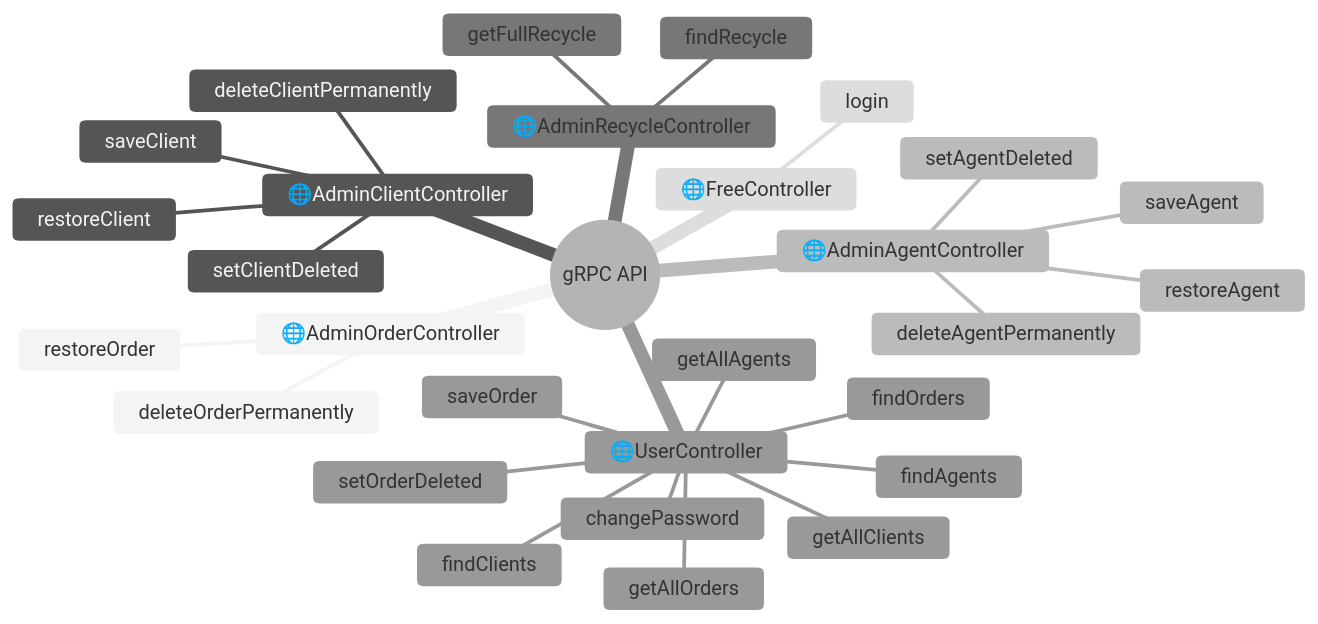
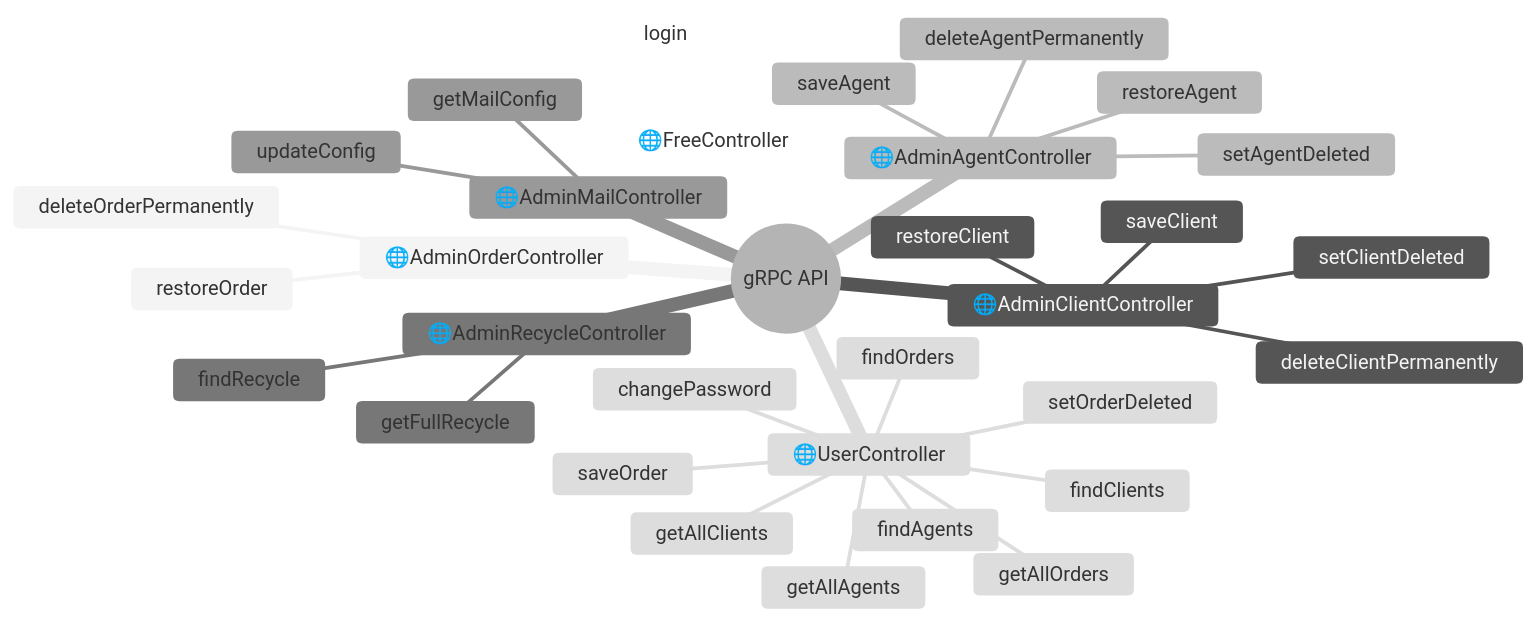
The second of 2 diagrams in README.en.md (AleksOBM/vaadin-service-desk), drawn with Mermaid (neutral theme) before and after one commit. The commit also changed other lines of this file and 2 other files, not shown here.

````diff
--- a/README.en.md
+++ b/README.en.md
@@ -295,33 +295,36 @@
 ```mermaid
 %%{init: { 'mindmap': { 'maxNodeWidth': 500 } }}%%
 mindmap
   root((gRPC API))
       🌐AdminOrderController
         deleteOrderPermanently
         restoreOrder
       🌐AdminClientController
         deleteClientPermanently
         restoreClient
         saveClient
         setClientDeleted
       🌐AdminAgentController
         deleteAgentPermanently
         restoreAgent
         saveAgent
         setAgentDeleted
       🌐AdminRecycleController
         findRecycle
         getFullRecycle
+      🌐AdminMailController
+        getMailConfig
+        updateConfig
       🌐UserController
         changePassword
         saveOrder
         setOrderDeleted
         findAgents
         findClients
         findOrders
         getAllAgents
         getAllClients
         getAllOrders
       🌐FreeController
         login
 ```
````
